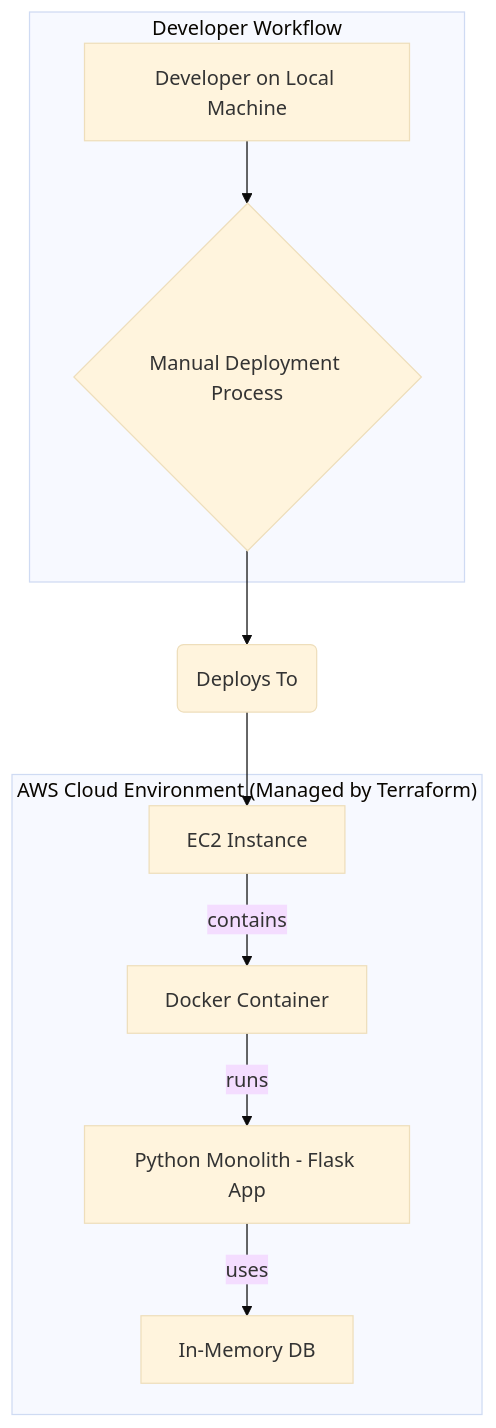
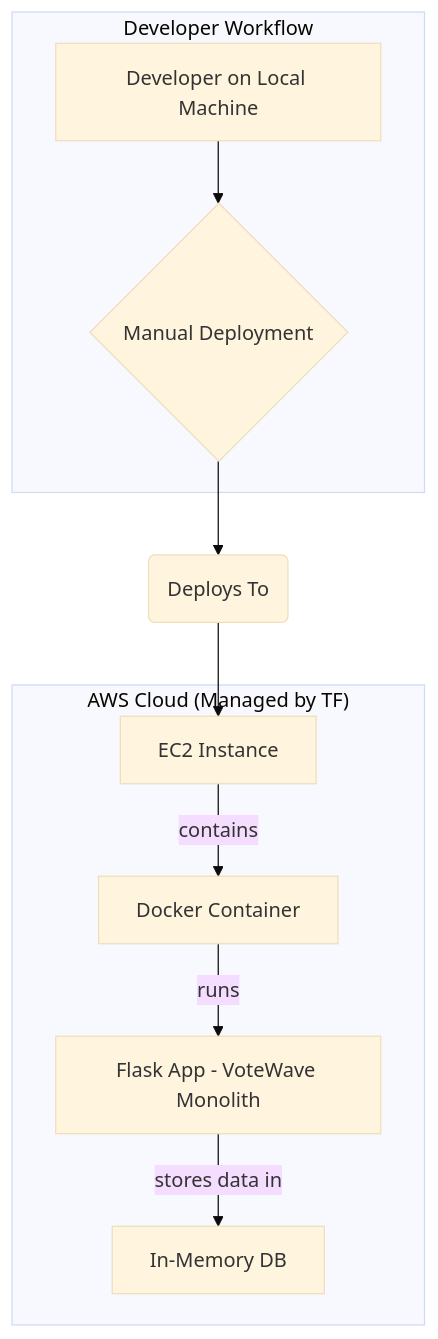
One commit to MrCh0p808/VoteWave changed the first of 4 diagrams in docs/DOCS.md. Above: the diagram before and after it, drawn with Mermaid (base theme). The commit also changed other lines of this file, not shown here.

`````diff
--- a/docs/DOCS.md
+++ b/docs/DOCS.md
@@ -13,16 +15,13 @@
 ```mermaid
 graph TD
     subgraph "Developer Workflow"
-        A[Developer on Local Machine] --> B{Manual Deployment Process}
+        A[Developer on Local Machine] --> B{Manual Deployment}
     end
-
     B --> C(Deploys To)
-
-    subgraph "AWS Cloud Environment (Managed by Terraform)"
+    subgraph "AWS Cloud (Managed by TF)"
         D[EC2 Instance] -->|contains| E[Docker Container]
-        E -->|runs| F[Python Monolith - Flask App]
-        F -->|uses| G[In-Memory DB]
+        E -->|runs| F[Flask App - VoteWave Monolith]
+        F -->|stores data in| G[In-Memory DB]
     end
-
     C --> D
-```
+````
`````
